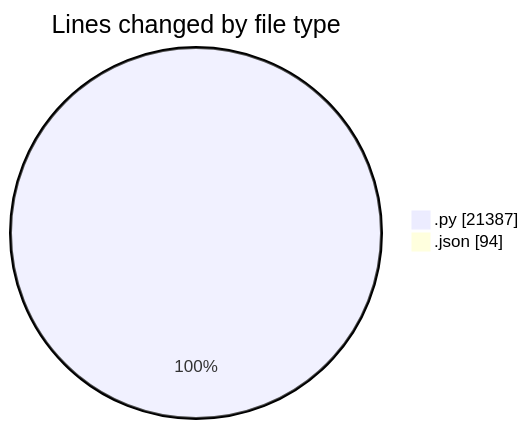
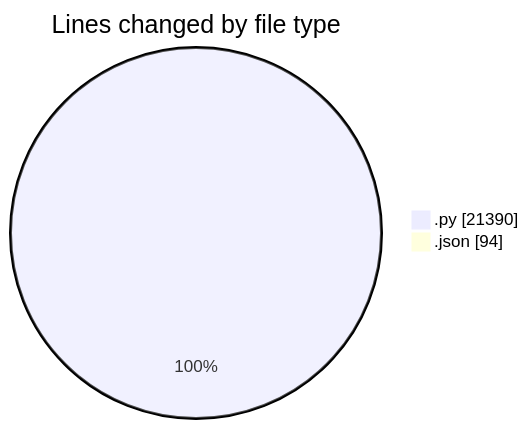
The first of 2 diagrams in 2025-07-14/telebot/README.md (jrari/code-tracking), drawn with Mermaid before and after one commit. The commit also changed other lines of this file and 1 other file, not shown here.

````diff
--- a/2025-07-14/telebot/README.md
+++ b/2025-07-14/telebot/README.md
@@ -46,6 +46,6 @@
 ```mermaid
 pie showData
 title Lines changed by file type
-".py" : 21387
+".py" : 21390
 ".json" : 94
 ```
````
